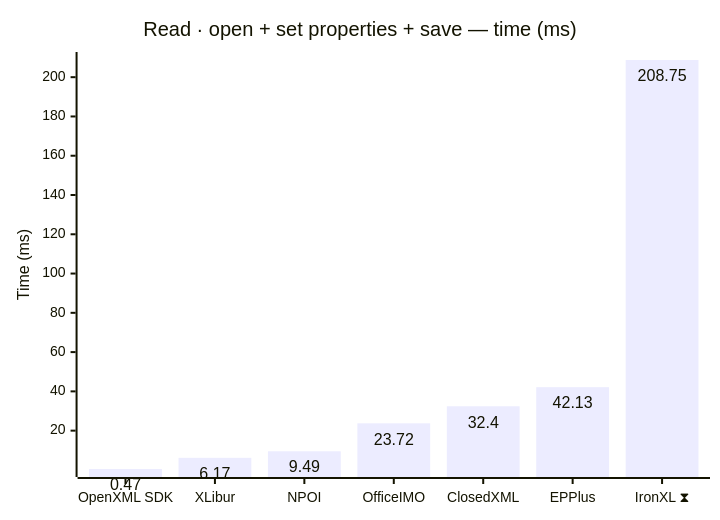
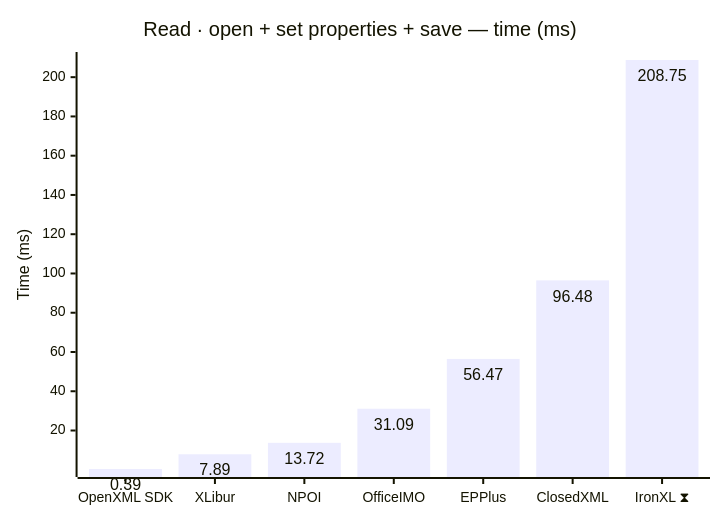
One commit to jafin/XLBench changed the first of 18 diagrams in docs/results-ci.md. Above: the diagram before and after it, drawn with Mermaid. The commit also changed other lines of this file, not shown here.

````diff
--- a/docs/results-ci.md
+++ b/docs/results-ci.md
@@ -43,12 +43,12 @@
 ```mermaid
 ---
 config:
   xyChart:
     showDataLabel: true
 ---
 xychart-beta
     title "Read · open + set properties + save — time (ms)"
-    x-axis ["OpenXML SDK", "XLibur", "NPOI", "OfficeIMO", "ClosedXML", "EPPlus", "IronXL ⧗"]
+    x-axis ["OpenXML SDK", "XLibur", "NPOI", "OfficeIMO", "EPPlus", "ClosedXML", "IronXL ⧗"]
     y-axis "Time (ms)"
-    bar [0.47, 6.17, 9.49, 23.72, 32.4, 42.13, 208.75]
+    bar [0.39, 7.89, 13.72, 31.09, 56.47, 96.48, 208.75]
 ```
````
